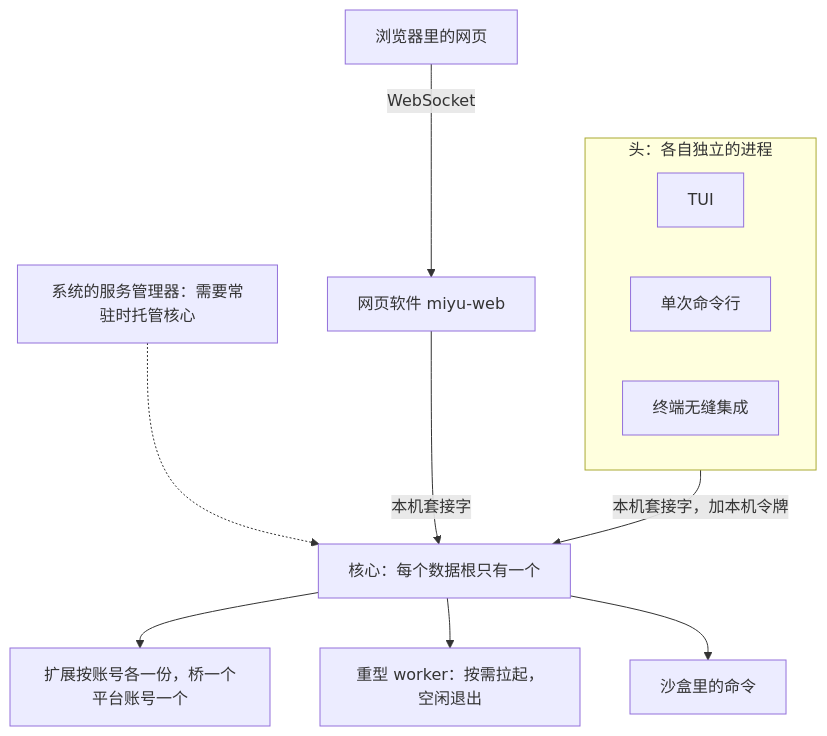
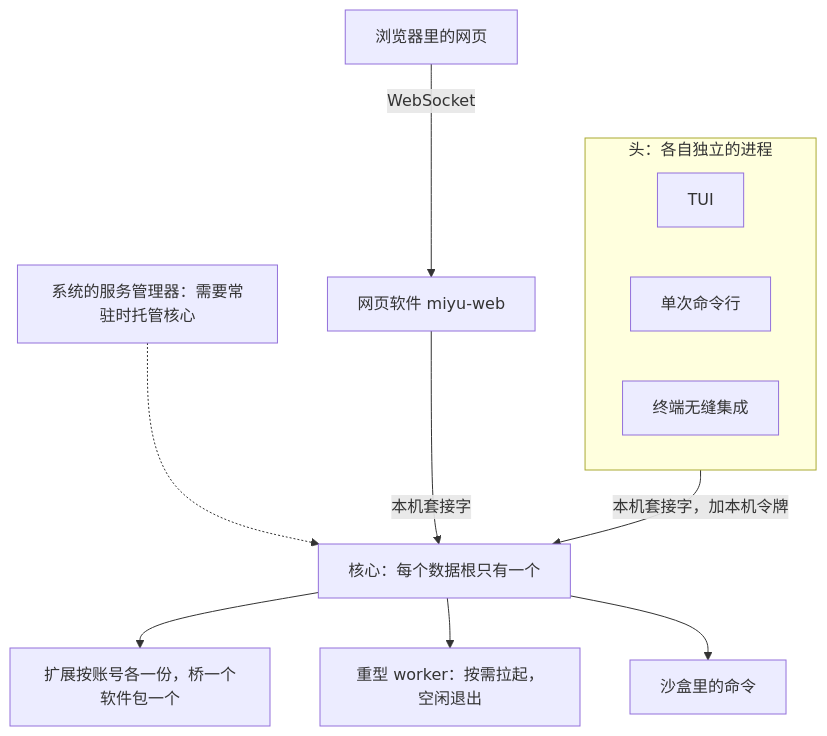
Before and after one commit to SHORiN-KiWATA/miyu-agent-remake: the first of 3 diagrams in docs/designs/12-进程形态与分发.md, drawn with Mermaid. The commit also changed other lines of this file and 25 other files, not shown here.

````diff
--- a/docs/designs/12-进程形态与分发.md
+++ b/docs/designs/12-进程形态与分发.md
@@ -7,16 +7,16 @@
 ```mermaid
 flowchart TB
     svc["系统的服务管理器：需要常驻时托管核心"] -.-> core
     subgraph heads["头：各自独立的进程"]
         direction LR
         tui["TUI"]
         cli["单次命令行"]
         sh["终端无缝集成"]
     end
     heads -- "本机套接字，加本机令牌" --> core["核心：每个数据根只有一个"]
     web["浏览器里的网页"] -- "WebSocket" --> webapp["网页软件 miyu-web"]
     webapp -- "本机套接字" --> core
-    core --> ext["扩展按账号各一份，桥一个平台账号一个"]
+    core --> ext["扩展按账号各一份，桥一个软件包一个"]
     core --> wk["重型 worker：按需拉起，空闲退出"]
     core --> box["沙盒里的命令"]
 ```
````
